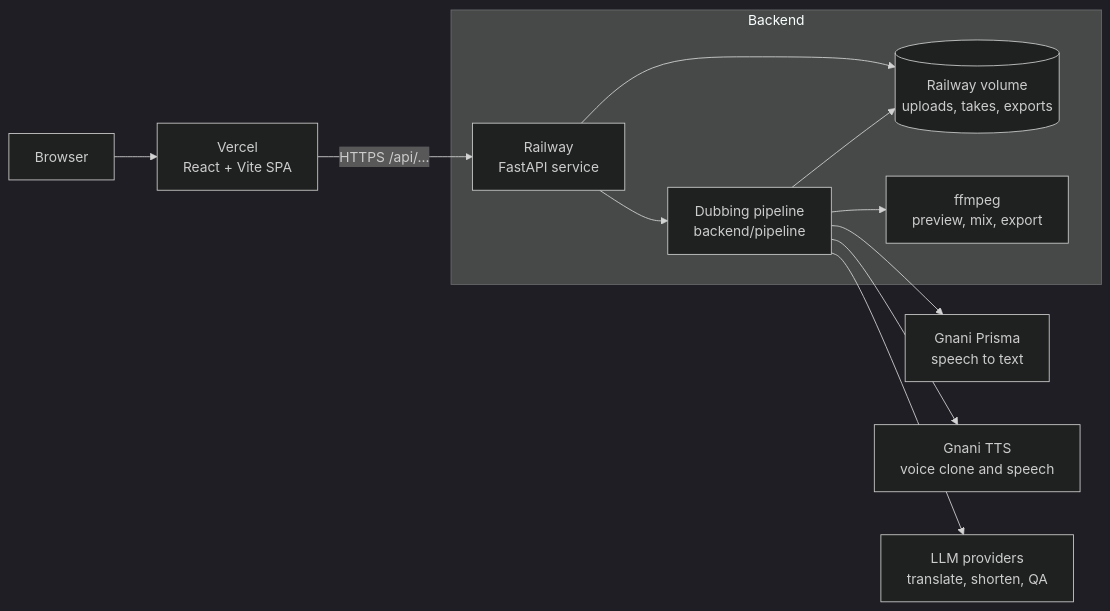
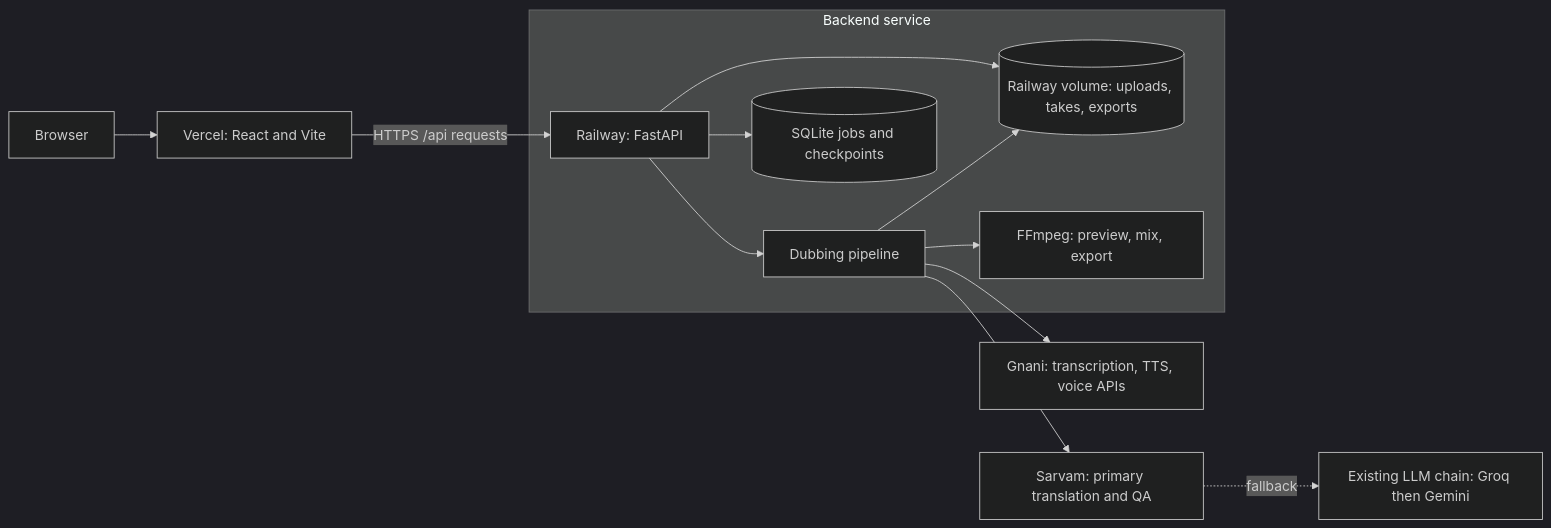
Before and after one commit to Aarti-panchal01/anek: the second of 2 diagrams in README.md, drawn with Mermaid (dark theme). The commit also changed other lines of this file and 12 other files, not shown here.

````diff
--- a/README.md
+++ b/README.md
@@ -97,16 +66,15 @@
 ```mermaid
 flowchart LR
-    U[Browser] --> V[Vercel<br/>React + Vite SPA]
-    V -- "HTTPS /api/..." --> R[Railway<br/>FastAPI service]
-
-    subgraph Backend
-        R --> P[Dubbing pipeline<br/>backend/pipeline]
-        R --> S[(Railway volume<br/>uploads, takes, exports)]
-        P --> F[ffmpeg<br/>preview, mix, export]
-        P --> S
+    Browser --> Vercel["Vercel: React and Vite"]
+    Vercel -->|"HTTPS /api requests"| API["Railway: FastAPI"]
+    subgraph BackendService["Backend service"]
+        API --> Pipeline["Dubbing pipeline"]
+        API --> DB[("SQLite jobs and checkpoints")]
+        API --> Volume[("Railway volume: uploads, takes, exports")]
+        Pipeline --> Volume
+        Pipeline --> FFmpeg["FFmpeg: preview, mix, export"]
     end
-
-    P --> G1[Gnani Prisma<br/>speech to text]
-    P --> G2[Gnani TTS<br/>voice clone and speech]
-    P --> L[LLM providers<br/>translate, shorten, QA]
+    Pipeline --> Gnani["Gnani: transcription, TTS, voice APIs"]
+    Pipeline --> Sarvam["Sarvam: primary translation and QA"]
+    Sarvam -. fallback .-> Legacy["Existing LLM chain: Groq then Gemini"]
 ```
````
